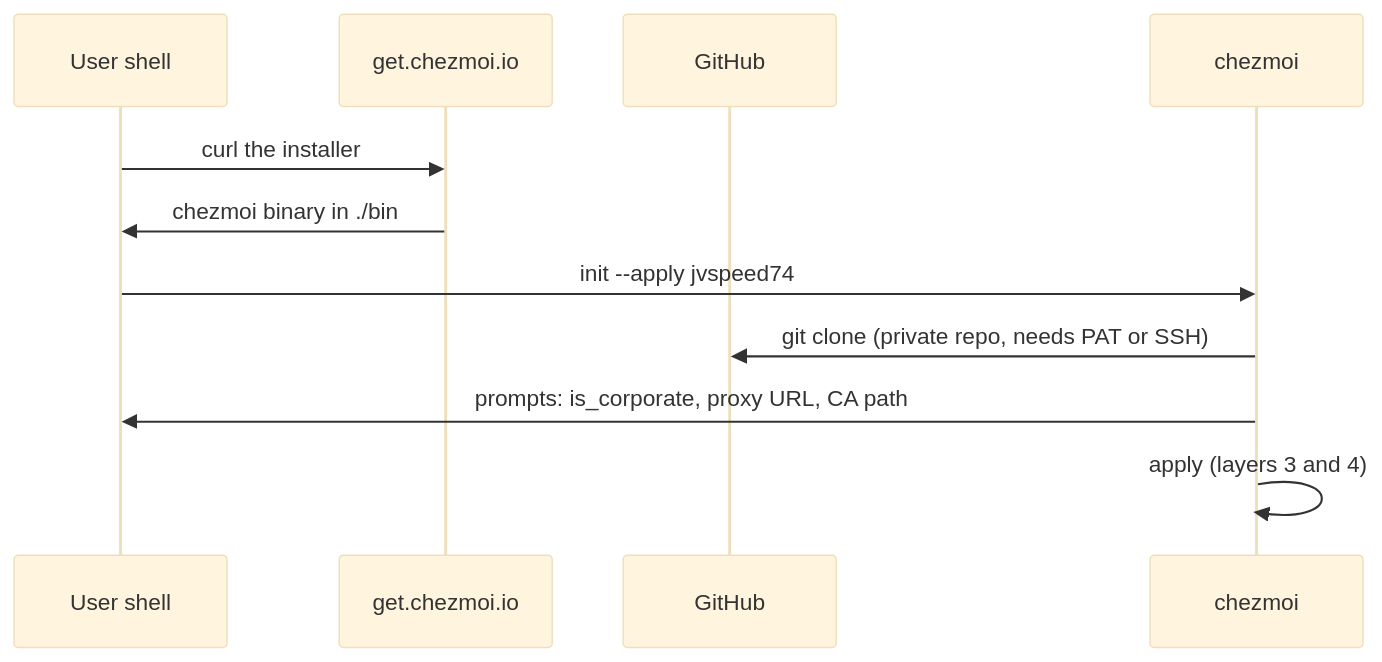
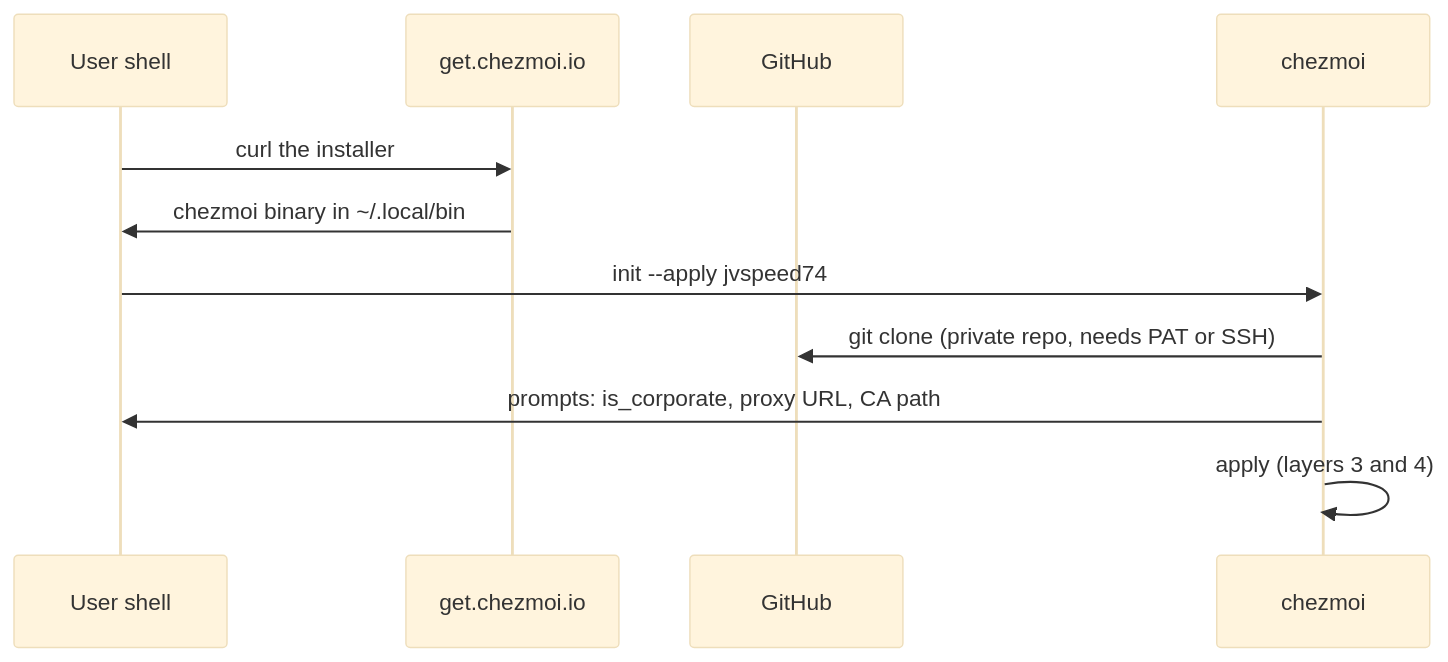
The second of 10 diagrams in ARCHITECTURE.md (jvspeed74/dotfiles), drawn with Mermaid (base theme) before and after one commit. The commit also changed other lines of this file and 6 other files, not shown here.

First line of the commit message:
Put user bins on PATH in every zsh; install chezmoi to ~/.local/bin (#15)

````diff
--- a/ARCHITECTURE.md
+++ b/ARCHITECTURE.md
@@ -52,13 +52,13 @@
 ```mermaid
 sequenceDiagram
     participant U as User shell
     participant G as get.chezmoi.io
     participant H as GitHub
     participant C as chezmoi
     U->>G: curl the installer
-    G->>U: chezmoi binary in ./bin
+    G->>U: chezmoi binary in ~/.local/bin
     U->>C: init --apply jvspeed74
     C->>H: git clone (private repo, needs PAT or SSH)
     C->>U: prompts: is_corporate, proxy URL, CA path
     C->>C: apply (layers 3 and 4)
 ```
````
